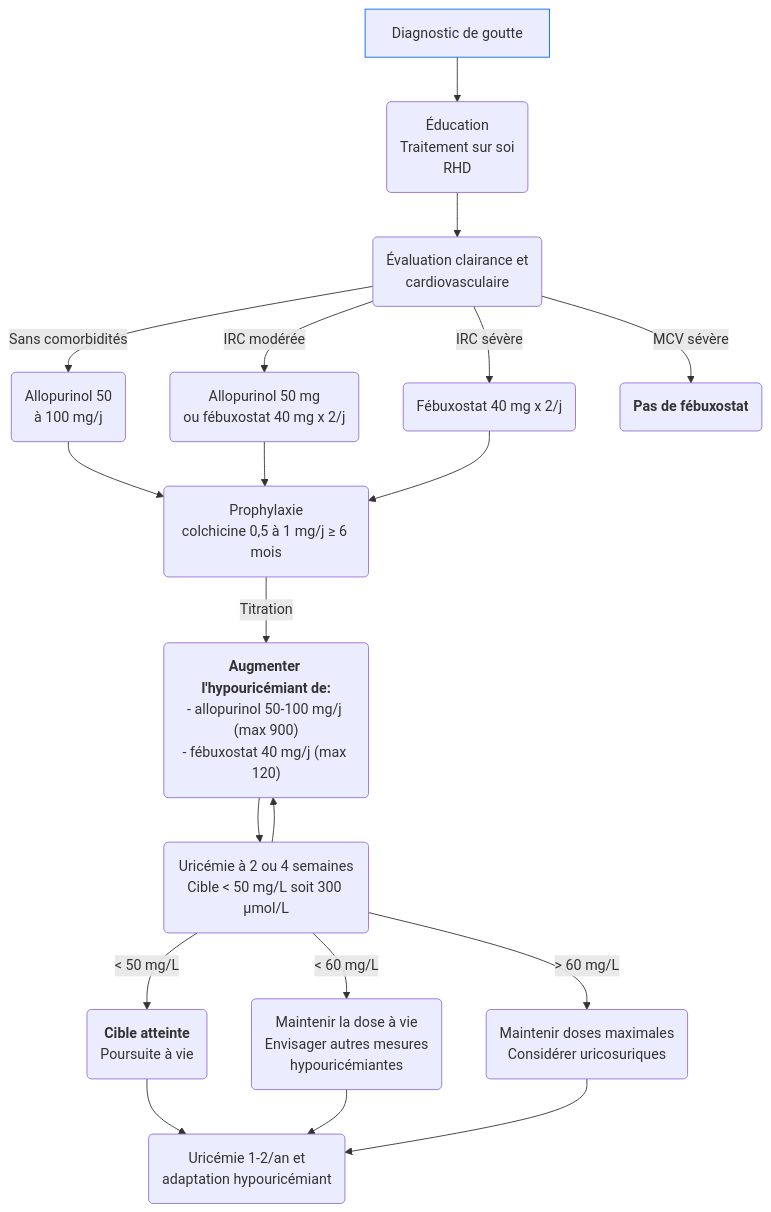
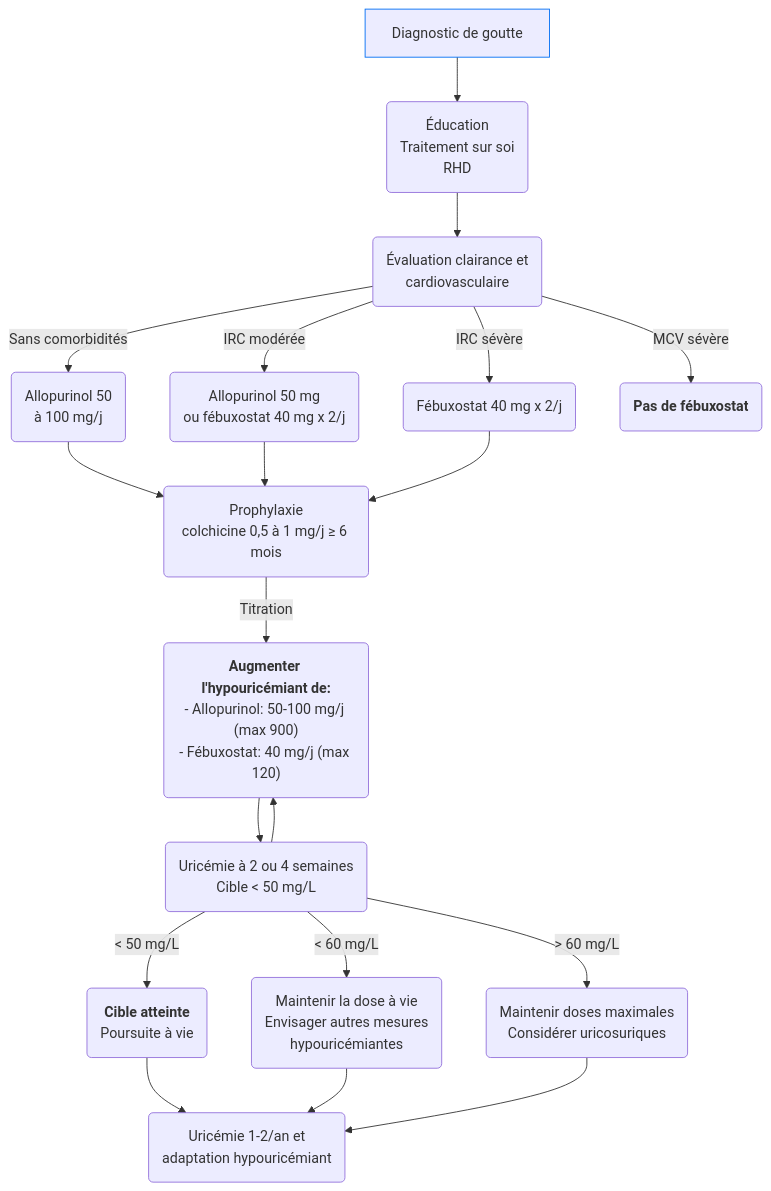
One commit to djibe/recommandations-medicales changed the second of 2 diagrams in content/recommandations/goutte.md. Above: the diagram before and after it, drawn with Mermaid. The commit also changed other lines of this file and 33 other files, not shown here.

```diff
--- a/content/recommandations/goutte.md
+++ b/content/recommandations/goutte.md
@@ -341,15 +341,15 @@
 {{< mermaid title="Conduite à tenir thérapeutique pour le traitement hypouricémiant. Dr JB FRON d'après SFR 2020" >}}
 graph TB
   diagnostic[Diagnostic de goutte] --> education(Éducation<br>Traitement sur soi<br>RHD)
   style diagnostic stroke:#006ef4, stroke-width:1px
     education --> clairance(Évaluation clairance et<br>cardiovasculaire)
       clairance -- Sans comorbidités --> allopurinol(Allopurinol 50<br>à 100 mg/j) --> prophylaxie("Prophylaxie<br>colchicine 0,5 à 1 mg/j &ge; 6 mois")
       clairance -- IRC modérée --> ircmoderee(Allopurinol 50 mg<br>ou fébuxostat 40 mg x 2/j) --> prophylaxie
       clairance -- IRC sévère --> ircsevere(Fébuxostat 40 mg x 2/j) --> prophylaxie
       clairance -- MCV sévère --> mcv(<b>Pas de fébuxostat</b>)
-        prophylaxie -- Titration --> titration("<b>Augmenter l'hypouricémiant de:</b><br>- allopurinol 50-100 mg/j (max 900)<br>- fébuxostat 40 mg/j (max 120)")
-          titration --> uricemie(Uricémie à 2 ou 4 semaines<br>Cible &lt; 50 mg/L soit 300 µmol/L) --> titration
+        prophylaxie -- Titration --> titration("<b>Augmenter l'hypouricémiant de:</b><br>- Allopurinol: 50-100 mg/j (max 900)<br>- Fébuxostat: 40 mg/j (max 120)")
+          titration --> uricemie(Uricémie à 2 ou 4 semaines<br>Cible &lt; 50 mg/L) --> titration
             uricemie -- "&lt; 50 mg/L" --> cible(<b>Cible atteinte</b><br>Poursuite à vie) --> surv("Uricémie 1-2/an et <br>adaptation hypouricémiant")
             uricemie -- "&lt; 60 mg/L" --> presque(Maintenir la dose à vie<br>Envisager autres mesures<br>hypouricémiantes) --> surv
             uricemie -- "> 60 mg/L" --> hors(Maintenir doses maximales<br>Considérer uricosuriques) --> surv
 {{< /mermaid >}}
```
